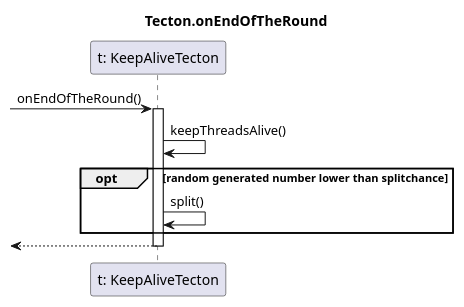
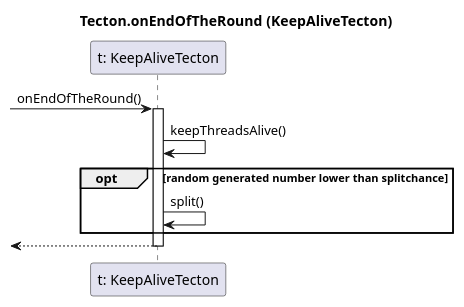
One commit to dzsem/projlab changed the diagram in diagrams/sequence/tecton/endofround_keepalive.plantuml. Above: the diagram before and after it, drawn with PlantUML.

Commit message:
title update

```diff
--- a/diagrams/sequence/tecton/endofround_keepalive.plantuml
+++ b/diagrams/sequence/tecton/endofround_keepalive.plantuml
@@ -1,18 +1,18 @@
 @startuml endofround_tecton
 
-title Tecton.onEndOfTheRound
+title Tecton.onEndOfTheRound (KeepAliveTecton)
 
 participant "t: KeepAliveTecton" as tecton
 
 -> tecton: onEndOfTheRound()
 activate tecton
 
 tecton -> tecton: keepThreadsAlive()
 
 opt random generated number lower than splitchance
 	tecton -> tecton: split()
 end
 
 <-- tecton
 deactivate tecton
 @enduml
```
